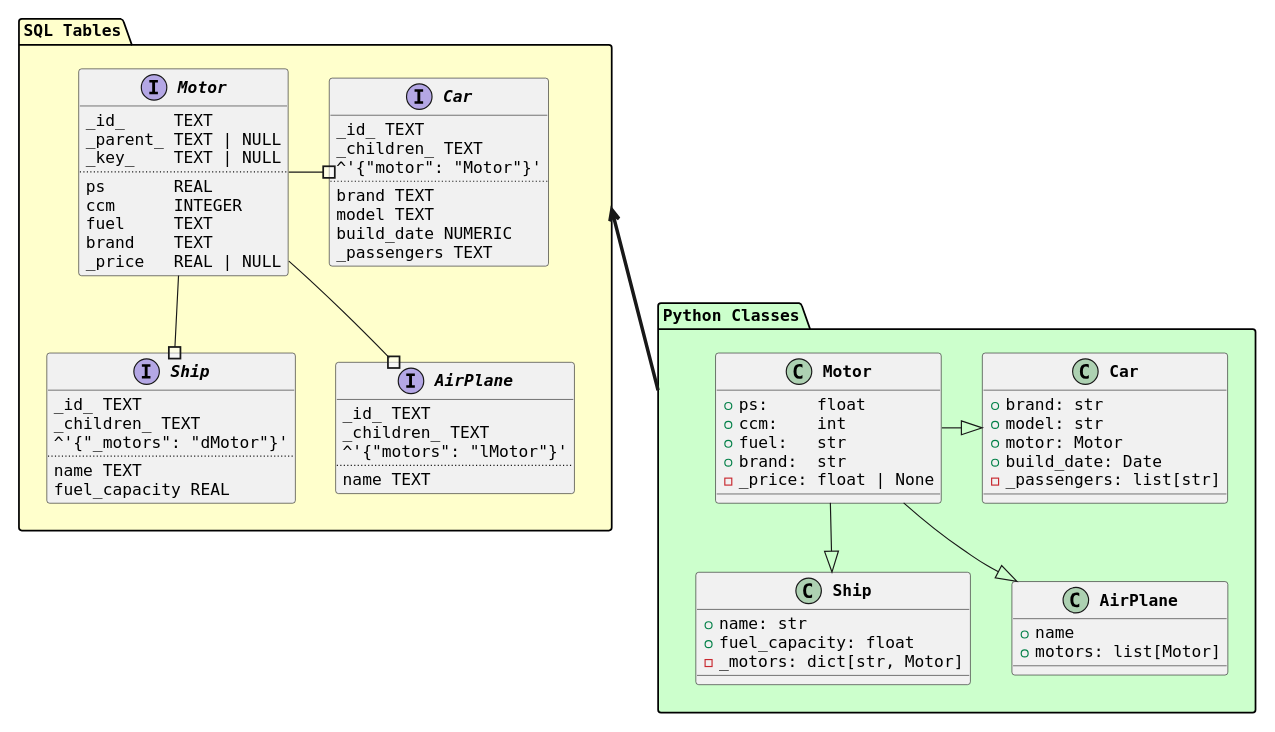
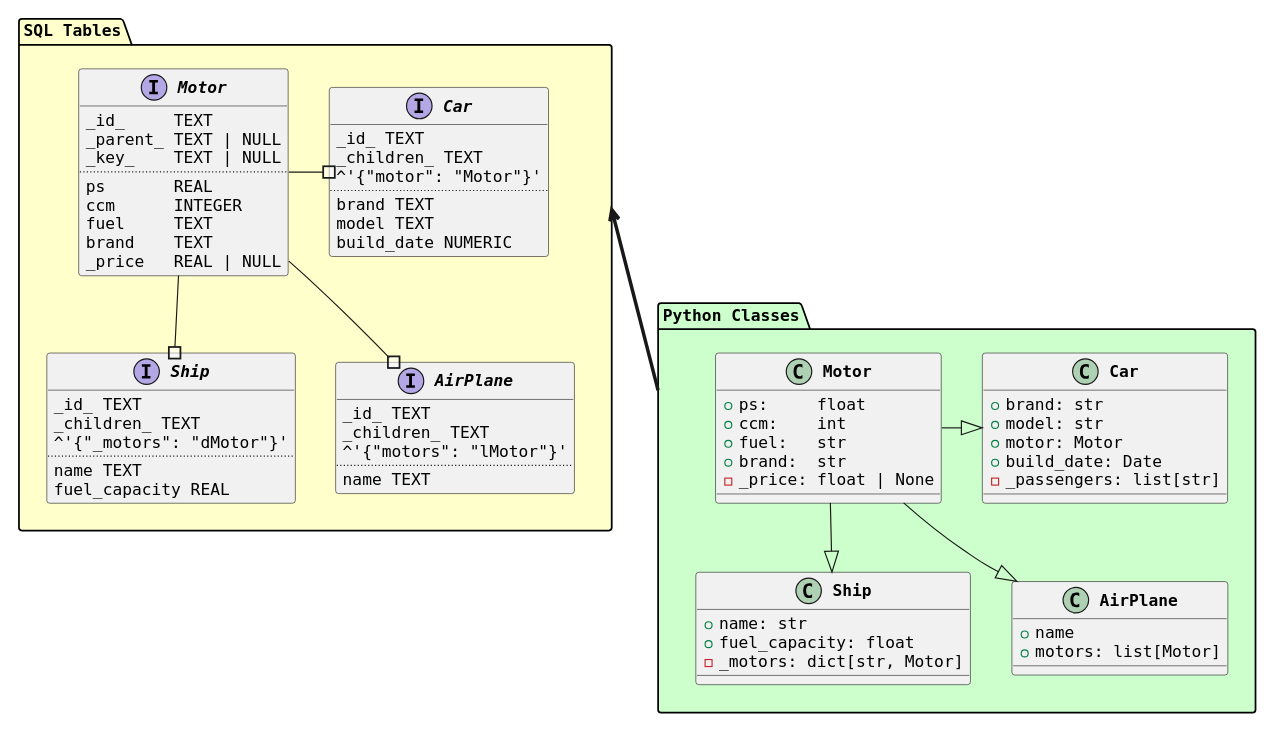
One commit to NeoSecundus/PyODB changed the diagram in docs/conversion_example.puml. Above: the diagram before and after it, drawn with PlantUML. The commit also changed 24 other files, not shown here.

Commit message:
Added basic functionalty of table schemas. Added tests

```diff
--- a/docs/conversion_example.puml
+++ b/docs/conversion_example.puml
@@ -1,92 +1,91 @@
 @startuml conversion_example
 
 skinparam {
     DefaultFontName monospaced
     BackgroundColor #ffffff80
     ClassStereotypeFontStyle bold
     ClassFontStyle bold
     TitleFontSize 16
 }
 
 package "Python Classes" as Python #cfc {
     class Car {
         + brand: str
         + model: str
         + motor: Motor
         + build_date: Date
         - _passengers: list[str]
     }
 
     class Ship {
         + name: str
         + fuel_capacity: float
         - _motors: dict[str, Motor]
     }
 
     class AirPlane {
         + name
         + motors: list[Motor]
     }
 
     class Motor {
         + ps:     float
         + ccm:    int
         + fuel:   str
         + brand:  str
         - _price: float | None
     }
 
     Motor -right-|> Car
     Motor --|> Ship
     Motor --|> AirPlane
 }
 
 package "SQL Tables" as SQL #ffc {
     interface "Car" as TCar {
         _id_ TEXT
         _children_ TEXT
             ^'{"motor": "Motor"}'
         ..
         brand TEXT
         model TEXT
         build_date NUMERIC
-        _passengers TEXT
     }
 
     interface "Ship" as TShip {
         _id_ TEXT
         _children_ TEXT
             ^'{"_motors": "dMotor"}'
         ..
         name TEXT
         fuel_capacity REAL
     }
 
     interface "AirPlane" as TAirPlane {
         _id_ TEXT
         _children_ TEXT
             ^'{"motors": "lMotor"}'
         ..
         name TEXT
     }
 
     interface "Motor" as TMotor {
         _id_     TEXT
         _parent_ TEXT | NULL
         _key_    TEXT | NULL
         ..
         ps       REAL
         ccm      INTEGER
         fuel     TEXT
         brand    TEXT
         _price   REAL | NULL
     }
 
     TMotor -right-# TCar
     TMotor --# TShip
     TMotor --# TAirPlane
 }
 
 Python -[thickness=3]up-> SQL
 
 @enduml
```
